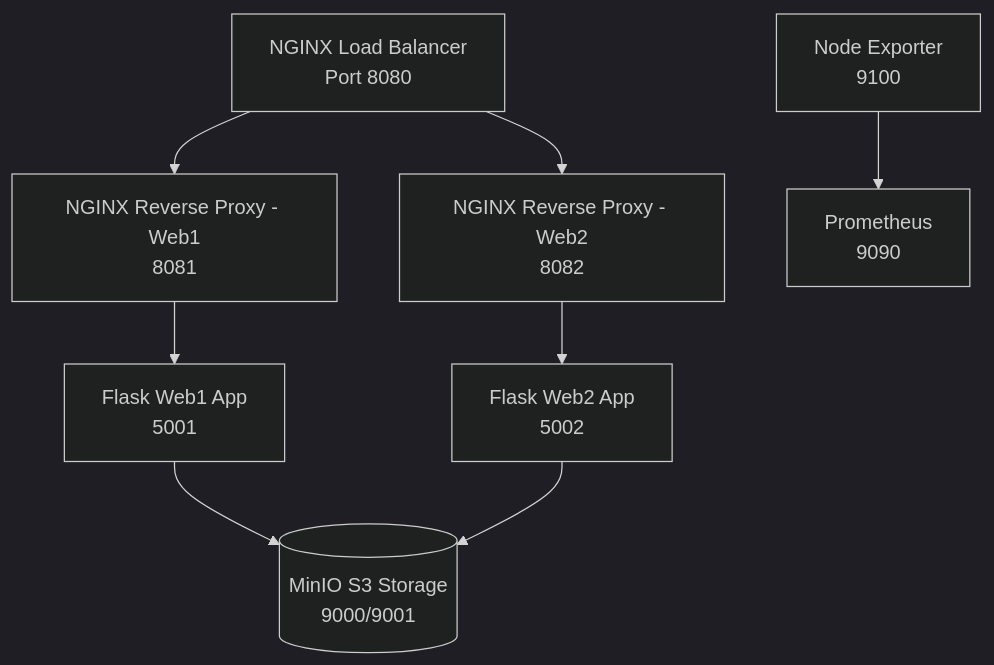
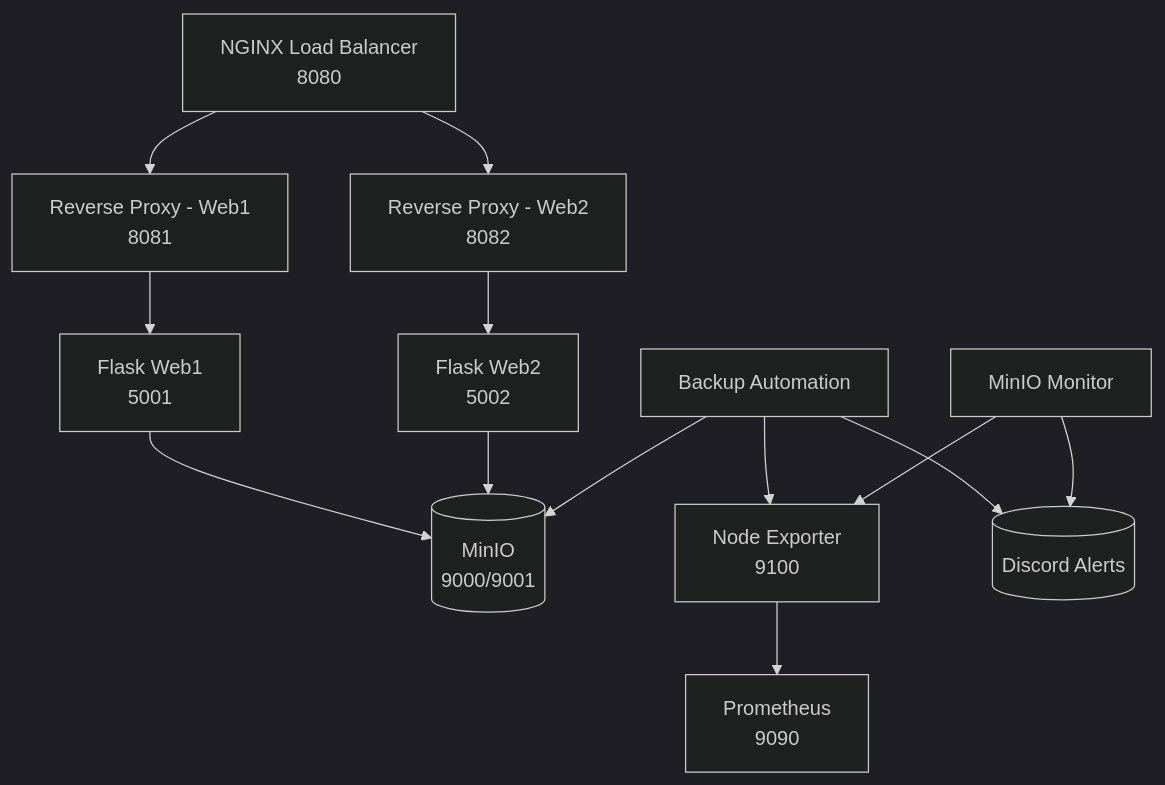
Before and after one commit to AshwinSajii/cloudops-infrastructure: the diagram in README.md, drawn with Mermaid (dark theme). The commit also changed other lines of this file, not shown here.

`````diff
--- a/README.md
+++ b/README.md
@@ -80,17 +130,27 @@
 ```mermaid
 flowchart TD
-    LB[NGINX Load Balancer<br>Port 8080]
-    RP1[NGINX Reverse Proxy - Web1<br>8081]
-    RP2[NGINX Reverse Proxy - Web2<br>8082]
-    APP1[Flask Web1 App<br>5001]
-    APP2[Flask Web2 App<br>5002]
-    MINIO[(MinIO S3 Storage<br>9000/9001)]
+    LB[NGINX Load Balancer<br>8080]
+    RP1[Reverse Proxy - Web1<br>8081]
+    RP2[Reverse Proxy - Web2<br>8082]
+    APP1[Flask Web1<br>5001]
+    APP2[Flask Web2<br>5002]
+    MINIO[(MinIO<br>9000/9001)]
+    BACKUP[Backup Automation]
+    MON[MinIO Monitor]
     PROM[Prometheus<br>9090]
     NODE[Node Exporter<br>9100]
+    DISCORD[(Discord Alerts)]
 
     LB --> RP1 --> APP1
     LB --> RP2 --> APP2
     APP1 --> MINIO
     APP2 --> MINIO
+
+    BACKUP --> MINIO
+    BACKUP --> DISCORD
+    BACKUP --> NODE
+
+    MON --> DISCORD
+    MON --> NODE
     NODE --> PROM
-````
+```
`````
